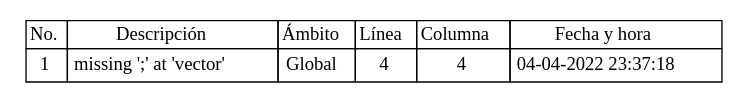
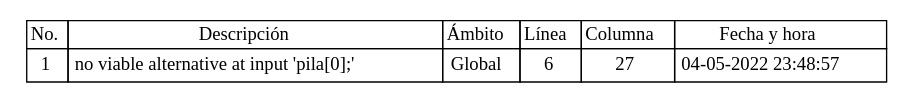
One commit to Jodyannre/COMPI2_proyecto2_2022 changed the diagram in Back/Web/tablas/tablaErrores.dot. Above: the diagram before and after it, drawn with Graphviz. The commit also changed 14 other files, not shown here.

```diff
--- a/Back/Web/tablas/tablaErrores.dot
+++ b/Back/Web/tablas/tablaErrores.dot
@@ -1,36 +1,36 @@
 
 	digraph {
 		tablaSimbolos [
 		  shape=plaintext
 		  label=<
 			<table border='0' cellborder='1' color='black' cellspacing='0'>
 			  <tr>
 				  <td>No.</td>
 				  <td>Descripción</td>
 				  <td>Ámbito</td>
 				  <td>Línea</td>
 				  <td>Columna</td>
 				  <td>Fecha y hora</td>
 			  </tr>
 	
 <tr>
 <td cellpadding='4'>
 1
 </td>
-<td cellpadding='4'>missing ';' at 'vector'
+<td cellpadding='4'>no viable alternative at input 'pila[0];'
 </td>
 <td cellpadding='4'>Global
 </td>
-<td cellpadding='4'>4
+<td cellpadding='4'>6
 </td>
 <td cellpadding='4'>
-4
+27
 </td>
 <td cellpadding='4'>
-04-04-2022 23:37:18
+04-05-2022 23:48:57
 </td>
 </tr>
 
 		</table>
 		>];
 	}
```
